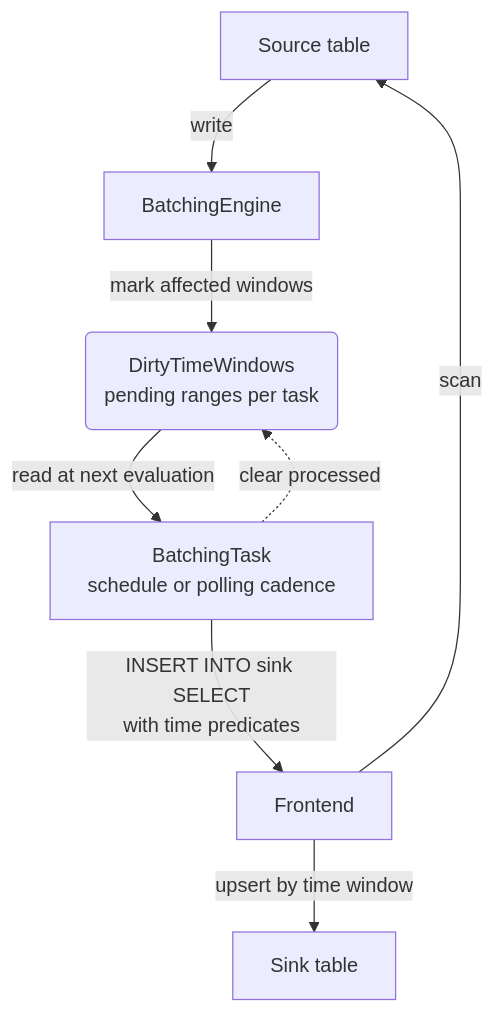
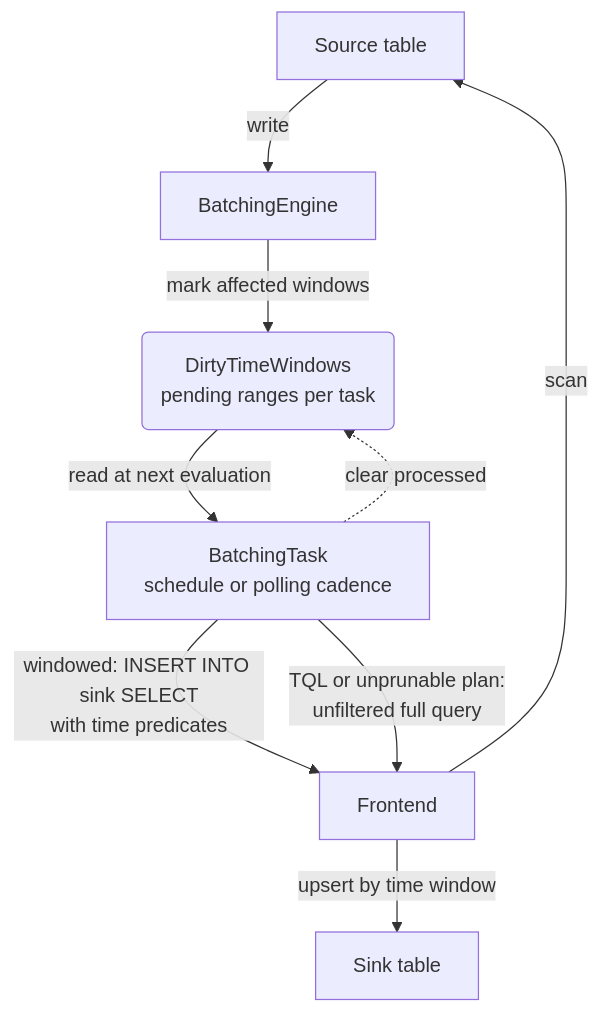
Before and after one commit to GreptimeTeam/docs: the diagram in versioned_docs/version-1.0/contributor-guide/flownode/batching_mode.md, drawn with Mermaid. The commit also changed 15 other files, not shown here.

First line of the commit message:
docs: separate the unfiltered full-query path in batching mode

````diff
--- a/versioned_docs/version-1.0/contributor-guide/flownode/batching_mode.md
+++ b/versioned_docs/version-1.0/contributor-guide/flownode/batching_mode.md
@@ -25,10 +25,11 @@
 ```mermaid
 flowchart TB
     SRC["Source table"] -->|"write"| ENG["BatchingEngine"]
     ENG -->|"mark affected windows"| DTW("DirtyTimeWindows<br/>pending ranges per task")
     DTW -->|"read at next evaluation"| RUN["BatchingTask<br/>schedule or polling cadence"]
     RUN -.->|"clear processed"| DTW
-    RUN -->|"INSERT INTO sink SELECT<br/>with time predicates"| FE["Frontend"]
+    RUN -->|"windowed: INSERT INTO sink SELECT<br/>with time predicates"| FE["Frontend"]
+    RUN -->|"TQL or unprunable plan:<br/>unfiltered full query"| FE
     FE -->|"scan"| SRC
     FE -->|"upsert by time window"| SINK["Sink table"]
 ```
````
